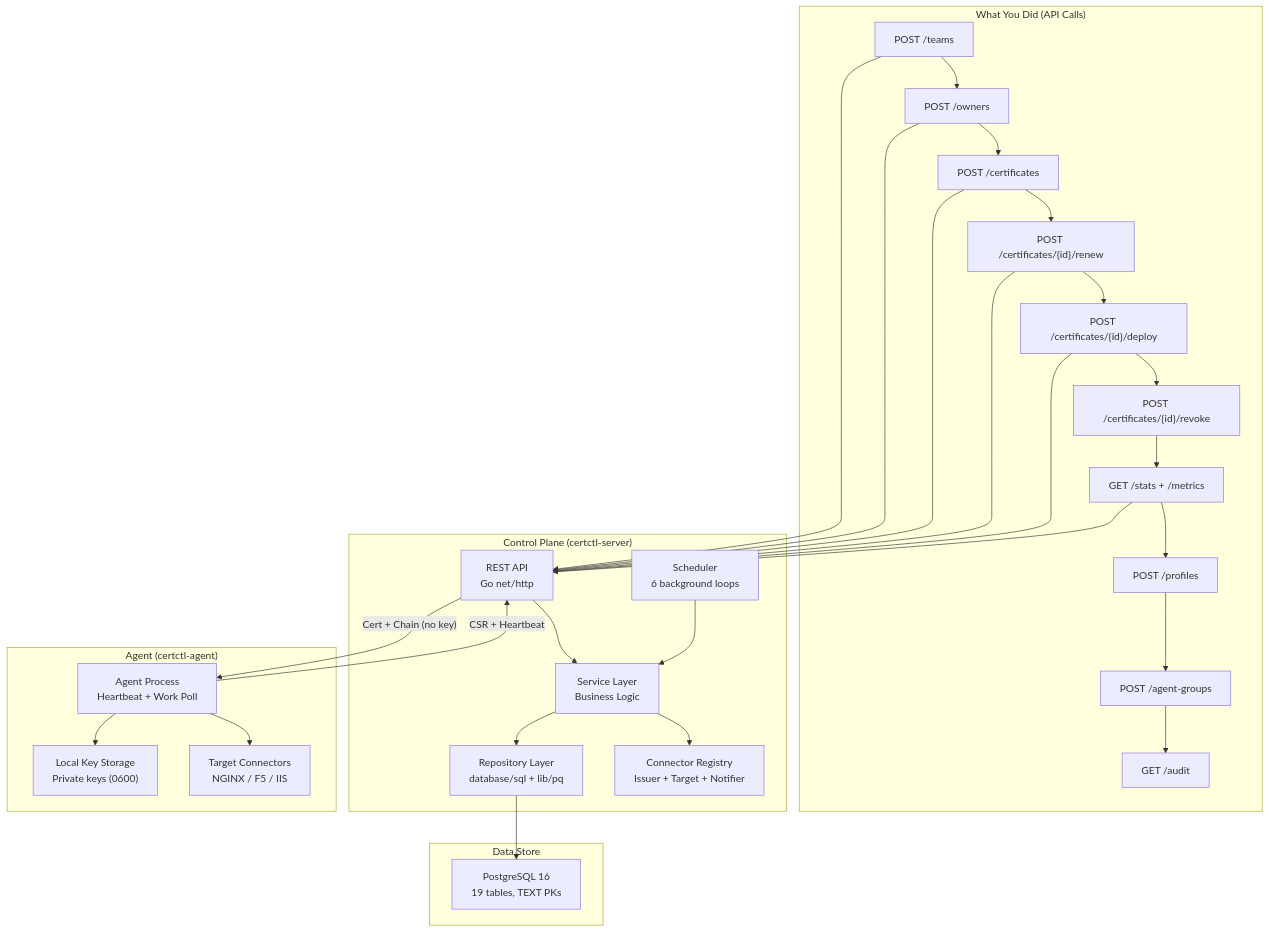
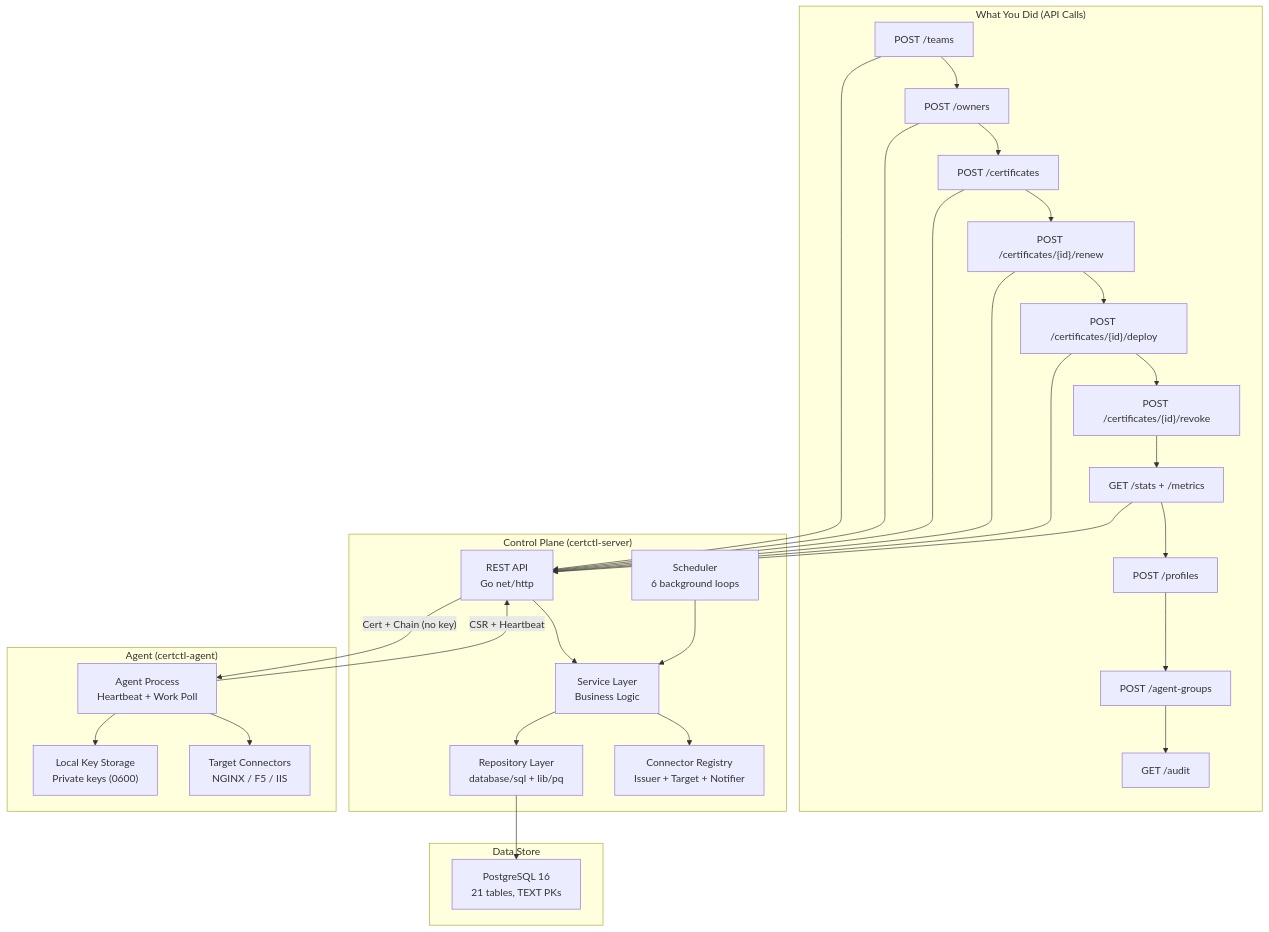
Before and after one commit to certctl-io/certctl: the sixth of 6 diagrams in docs/demo-advanced.md, drawn with Mermaid. The commit also changed other lines of this file and 7 other files, not shown here.

````diff
--- a/docs/demo-advanced.md
+++ b/docs/demo-advanced.md
@@ -1008,43 +1008,43 @@
 ```mermaid
 flowchart TB
     subgraph "What You Did (API Calls)"
         U1["POST /teams"] --> U2["POST /owners"]
         U2 --> U3["POST /certificates"]
         U3 --> U4["POST /certificates/{id}/renew"]
         U4 --> U5["POST /certificates/{id}/deploy"]
         U5 --> U5b["POST /certificates/{id}/revoke"]
         U5b --> U6["GET /stats + /metrics"]
         U6 --> U7["POST /profiles"]
         U7 --> U8["POST /agent-groups"]
         U8 --> U9["GET /audit"]
     end
 
     subgraph "Control Plane (certctl-server)"
         API["REST API\nGo net/http"]
         SVC["Service Layer\nBusiness Logic"]
         REPO["Repository Layer\ndatabase/sql + lib/pq"]
         SCHED["Scheduler\n6 background loops"]
         CONN["Connector Registry\nIssuer + Target + Notifier"]
     end
 
     subgraph "Data Store"
-        PG["PostgreSQL 16\n19 tables, TEXT PKs"]
+        PG["PostgreSQL 16\n21 tables, TEXT PKs"]
     end
 
     subgraph "Agent (certctl-agent)"
         AGENT["Agent Process\nHeartbeat + Work Poll"]
         KEYS["Local Key Storage\nPrivate keys (0600)"]
         TC["Target Connectors\nNGINX / F5 / IIS"]
     end
 
     U1 & U2 & U3 & U4 & U5 & U6 --> API
     API --> SVC
     SVC --> REPO
     REPO --> PG
     SVC --> CONN
     SCHED --> SVC
     AGENT -->|"CSR + Heartbeat"| API
     API -->|"Cert + Chain (no key)"| AGENT
     AGENT --> KEYS
     AGENT --> TC
 ```
````
